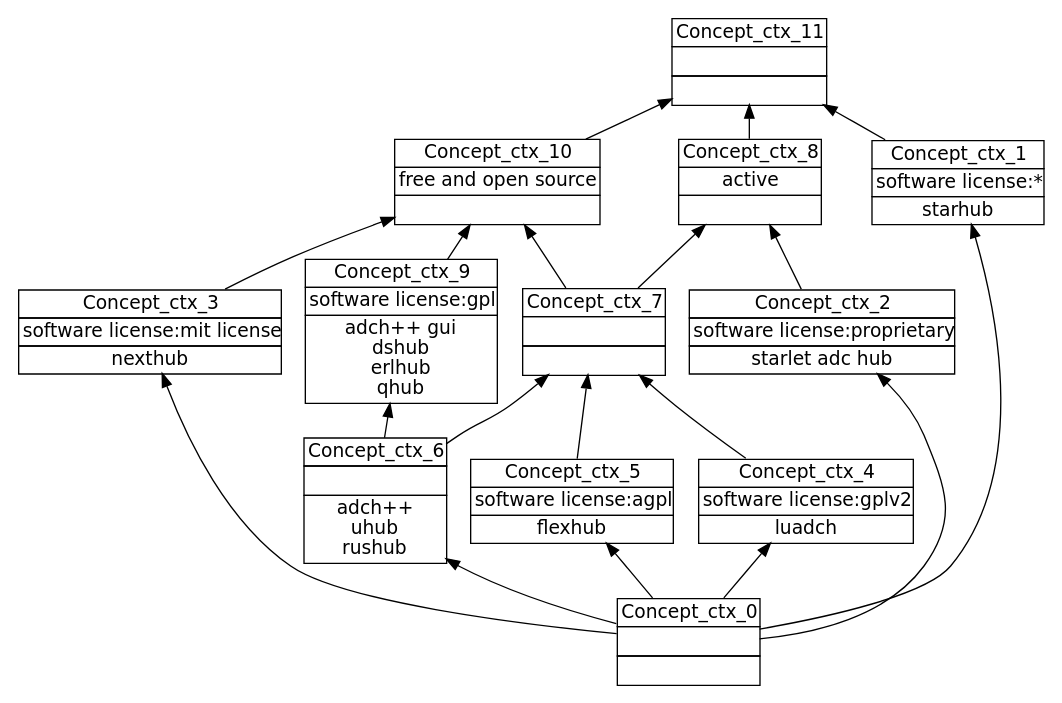
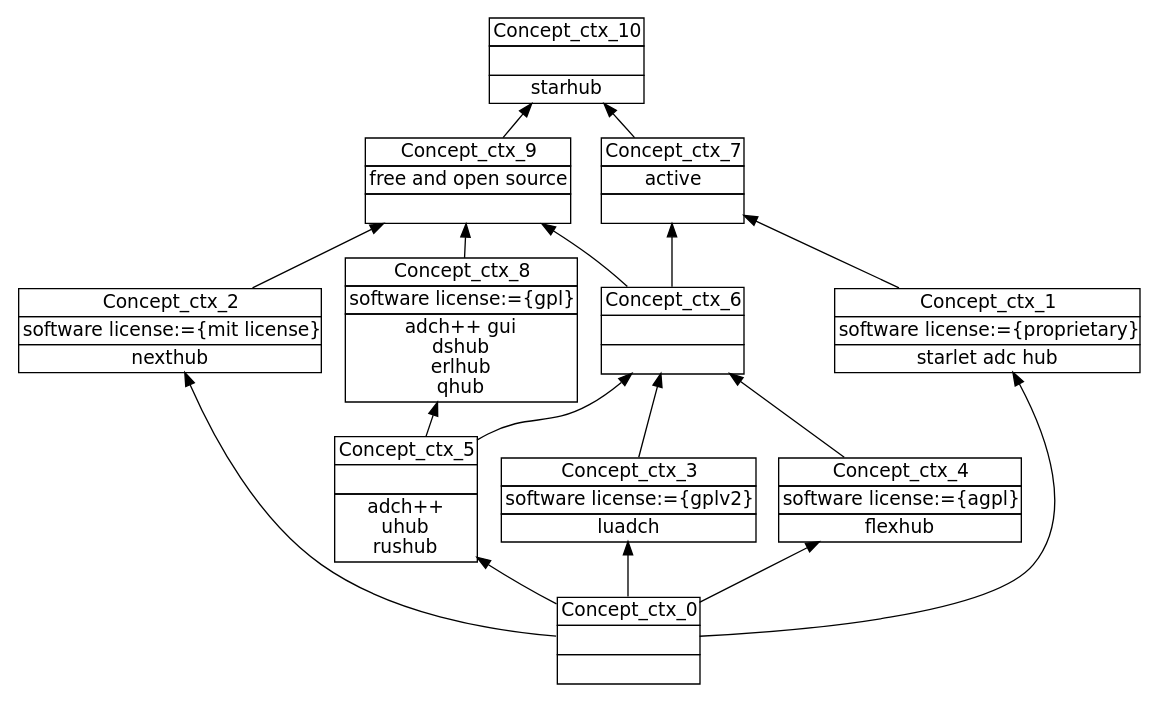
Before and after one commit to jcarbonnel/CLEF: the diagram in CLEF/data/Comparison_of_ADC_software_0/FCA/step1-0.dot, drawn with Graphviz. The commit also changed 803 other files, not shown here.

```diff
--- a/CLEF/data/Comparison_of_ADC_software_0/FCA/step1-0.dot
+++ b/CLEF/data/Comparison_of_ADC_software_0/FCA/step1-0.dot
@@ -1,38 +1,35 @@
 digraph G { 
 	rankdir=BT;
 	margin=0;
 	node [margin="0.03,0.03",fontname="DejaVu Sans"];
 	ranksep=0.3;
 	nodesep=0.2;
-//graph[label="name:ctx,concept number:12,object number:12,attribute number:8"
-12 [shape=none,label=<<table border="0" cellborder="1" cellspacing="0" port="p"><tr><td>Concept_ctx_11</td></tr><tr><td><br/></td></tr><tr><td><br/></td></tr></table>>];
-13 [shape=none,label=<<table border="0" cellborder="1" cellspacing="0" port="p"><tr><td>Concept_ctx_10</td></tr><tr><td>free and open source<br/></td></tr><tr><td><br/></td></tr></table>>];
-14 [shape=none,label=<<table border="0" cellborder="1" cellspacing="0" port="p"><tr><td>Concept_ctx_7</td></tr><tr><td><br/></td></tr><tr><td><br/></td></tr></table>>];
-15 [shape=none,label=<<table border="0" cellborder="1" cellspacing="0" port="p"><tr><td>Concept_ctx_8</td></tr><tr><td>active<br/></td></tr><tr><td><br/></td></tr></table>>];
-16 [shape=none,label=<<table border="0" cellborder="1" cellspacing="0" port="p"><tr><td>Concept_ctx_6</td></tr><tr><td><br/></td></tr><tr><td>adch++<br/>uhub<br/>rushub<br/></td></tr></table>>];
-17 [shape=none,label=<<table border="0" cellborder="1" cellspacing="0" port="p"><tr><td>Concept_ctx_9</td></tr><tr><td>software license:gpl<br/></td></tr><tr><td>adch++ gui<br/>dshub<br/>erlhub<br/>qhub<br/></td></tr></table>>];
-18 [shape=none,label=<<table border="0" cellborder="1" cellspacing="0" port="p"><tr><td>Concept_ctx_0</td></tr><tr><td><br/></td></tr><tr><td><br/></td></tr></table>>];
-19 [shape=none,label=<<table border="0" cellborder="1" cellspacing="0" port="p"><tr><td>Concept_ctx_5</td></tr><tr><td>software license:agpl<br/></td></tr><tr><td>flexhub<br/></td></tr></table>>];
-20 [shape=none,label=<<table border="0" cellborder="1" cellspacing="0" port="p"><tr><td>Concept_ctx_4</td></tr><tr><td>software license:gplv2<br/></td></tr><tr><td>luadch<br/></td></tr></table>>];
-21 [shape=none,label=<<table border="0" cellborder="1" cellspacing="0" port="p"><tr><td>Concept_ctx_3</td></tr><tr><td>software license:mit license<br/></td></tr><tr><td>nexthub<br/></td></tr></table>>];
-22 [shape=none,label=<<table border="0" cellborder="1" cellspacing="0" port="p"><tr><td>Concept_ctx_2</td></tr><tr><td>software license:proprietary<br/></td></tr><tr><td>starlet adc hub<br/></td></tr></table>>];
-23 [shape=none,label=<<table border="0" cellborder="1" cellspacing="0" port="p"><tr><td>Concept_ctx_1</td></tr><tr><td>software license:*<br/></td></tr><tr><td>starhub<br/></td></tr></table>>];
-	15:p -> 12:p
+//graph[label="name:ctx,concept number:11,object number:12,attribute number:7"
+11 [shape=none,label=<<table border="0" cellborder="1" cellspacing="0" port="p"><tr><td>Concept_ctx_10</td></tr><tr><td><br/></td></tr><tr><td>starhub<br/></td></tr></table>>];
+12 [shape=none,label=<<table border="0" cellborder="1" cellspacing="0" port="p"><tr><td>Concept_ctx_9</td></tr><tr><td>free and open source<br/></td></tr><tr><td><br/></td></tr></table>>];
+13 [shape=none,label=<<table border="0" cellborder="1" cellspacing="0" port="p"><tr><td>Concept_ctx_6</td></tr><tr><td><br/></td></tr><tr><td><br/></td></tr></table>>];
+14 [shape=none,label=<<table border="0" cellborder="1" cellspacing="0" port="p"><tr><td>Concept_ctx_7</td></tr><tr><td>active<br/></td></tr><tr><td><br/></td></tr></table>>];
+15 [shape=none,label=<<table border="0" cellborder="1" cellspacing="0" port="p"><tr><td>Concept_ctx_5</td></tr><tr><td><br/></td></tr><tr><td>adch++<br/>uhub<br/>rushub<br/></td></tr></table>>];
+16 [shape=none,label=<<table border="0" cellborder="1" cellspacing="0" port="p"><tr><td>Concept_ctx_8</td></tr><tr><td>software license:={gpl}<br/></td></tr><tr><td>adch++ gui<br/>dshub<br/>erlhub<br/>qhub<br/></td></tr></table>>];
+17 [shape=none,label=<<table border="0" cellborder="1" cellspacing="0" port="p"><tr><td>Concept_ctx_0</td></tr><tr><td><br/></td></tr><tr><td><br/></td></tr></table>>];
+18 [shape=none,label=<<table border="0" cellborder="1" cellspacing="0" port="p"><tr><td>Concept_ctx_1</td></tr><tr><td>software license:={proprietary}<br/></td></tr><tr><td>starlet adc hub<br/></td></tr></table>>];
+19 [shape=none,label=<<table border="0" cellborder="1" cellspacing="0" port="p"><tr><td>Concept_ctx_2</td></tr><tr><td>software license:={mit license}<br/></td></tr><tr><td>nexthub<br/></td></tr></table>>];
+20 [shape=none,label=<<table border="0" cellborder="1" cellspacing="0" port="p"><tr><td>Concept_ctx_4</td></tr><tr><td>software license:={agpl}<br/></td></tr><tr><td>flexhub<br/></td></tr></table>>];
+21 [shape=none,label=<<table border="0" cellborder="1" cellspacing="0" port="p"><tr><td>Concept_ctx_3</td></tr><tr><td>software license:={gplv2}<br/></td></tr><tr><td>luadch<br/></td></tr></table>>];
+	14:p -> 11:p
+	12:p -> 11:p
 	13:p -> 12:p
-	23:p -> 12:p
-	14:p -> 13:p
-	17:p -> 13:p
+	16:p -> 12:p
+	19:p -> 12:p
+	15:p -> 13:p
+	20:p -> 13:p
 	21:p -> 13:p
-	16:p -> 14:p
-	19:p -> 14:p
-	20:p -> 14:p
-	14:p -> 15:p
-	22:p -> 15:p
-	18:p -> 16:p
-	16:p -> 17:p
-	18:p -> 19:p
-	18:p -> 20:p
-	18:p -> 21:p
-	18:p -> 22:p
-	18:p -> 23:p
+	13:p -> 14:p
+	18:p -> 14:p
+	17:p -> 15:p
+	15:p -> 16:p
+	17:p -> 18:p
+	17:p -> 19:p
+	17:p -> 20:p
+	17:p -> 21:p
 }
```
